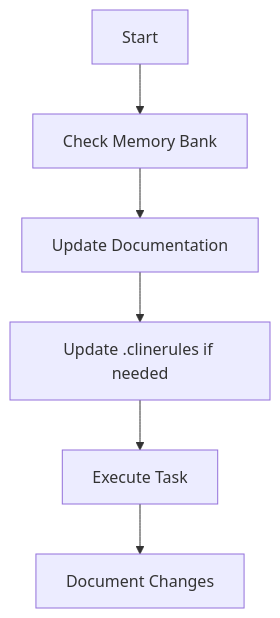
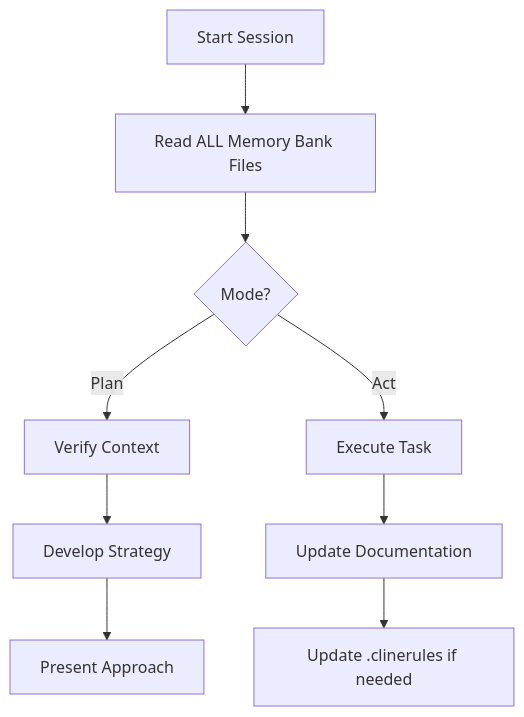
One commit to AstroMined/debtonator changed the third of 4 diagrams in docs/custom_instructions.md. Above: the diagram before and after it, drawn with Mermaid. The commit also changed other lines of this file and 14 other files, not shown here.

````diff
--- a/docs/custom_instructions.md
+++ b/docs/custom_instructions.md
@@ -95,8 +64,13 @@
 ```mermaid
 flowchart TD
-    Start[Start] --> Context[Check Memory Bank]
-    Context --> Update[Update Documentation]
-    Update --> Rules[Update .clinerules if needed]
-    Rules --> Execute[Execute Task]
-    Execute --> Document[Document Changes]
+    Start[Start Session] --> ReadFiles[Read ALL Memory Bank Files]
+    ReadFiles --> Mode{Mode?}
+    
+    Mode -->|Plan| Verify[Verify Context]
+    Verify --> Strategy[Develop Strategy]
+    Strategy --> Present[Present Approach]
+    
+    Mode -->|Act| Execute[Execute Task]
+    Execute --> Update[Update Documentation]
+    Update --> UpdateRules[Update .clinerules if needed]
 ```
````
